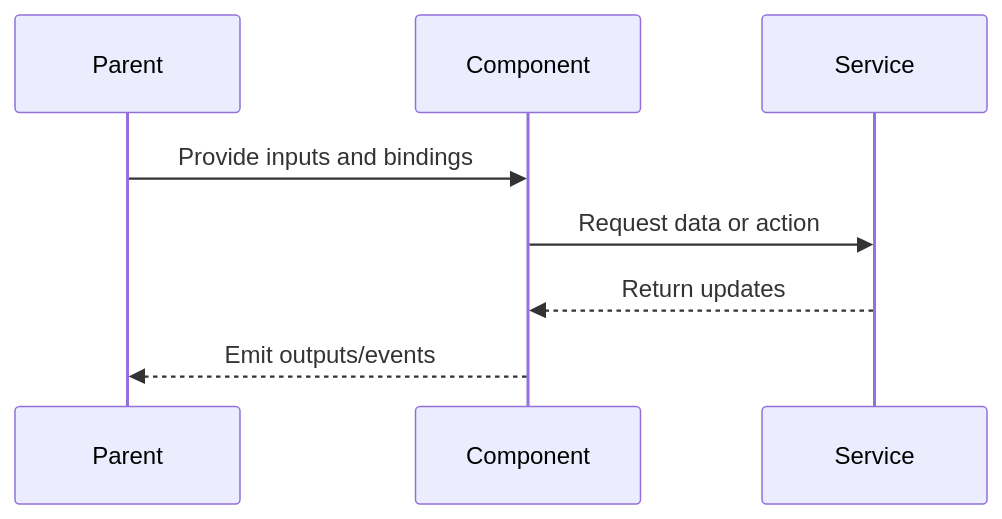
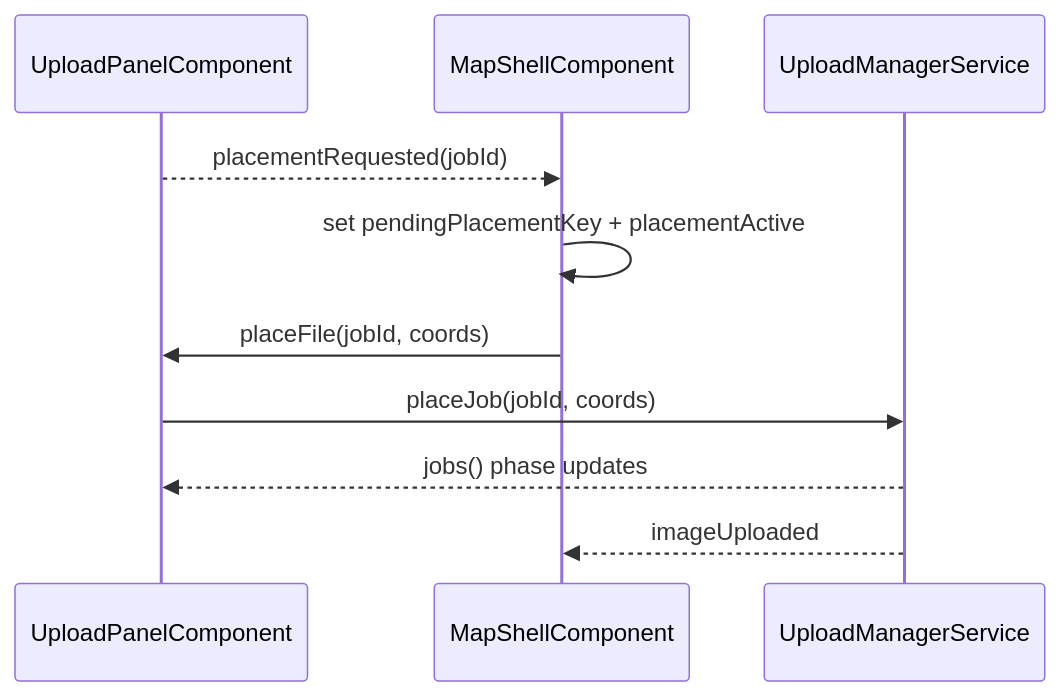
One commit to matkleve/feldpost changed the third of 3 diagrams in docs/element-specs/placement-mode.md. Above: the diagram before and after it, drawn with Mermaid. The commit also changed other lines of this file and 12 other files, not shown here.

First line of the commit message:
Refactor upload manager and related components for improved structure and functionality

````diff
--- a/docs/element-specs/placement-mode.md
+++ b/docs/element-specs/placement-mode.md
@@ -99,10 +104,13 @@
 ```mermaid
 sequenceDiagram
-  participant P as Parent
-  participant C as Component
-  participant S as Service
-  P->>C: Provide inputs and bindings
-  C->>S: Request data or action
-  S-->>C: Return updates
-  C-->>P: Emit outputs/events
+  participant Panel as UploadPanelComponent
+  participant Map as MapShellComponent
+  participant Manager as UploadManagerService
+
+  Panel-->>Map: placementRequested(jobId)
+  Map->>Map: set pendingPlacementKey + placementActive
+  Map->>Panel: placeFile(jobId, coords)
+  Panel->>Manager: placeJob(jobId, coords)
+  Manager-->>Panel: jobs() phase updates
+  Manager-->>Map: imageUploaded
 ```
````
